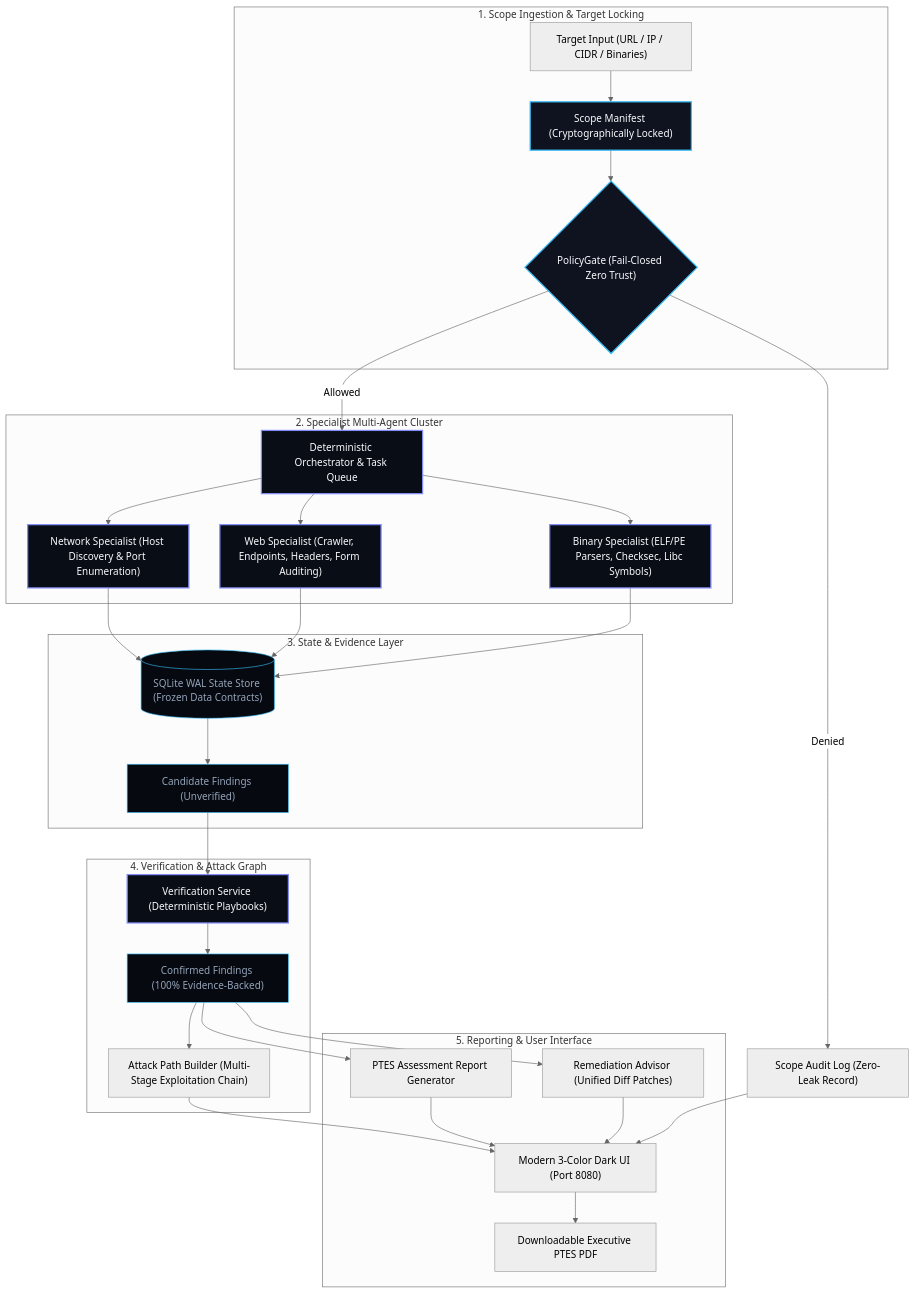
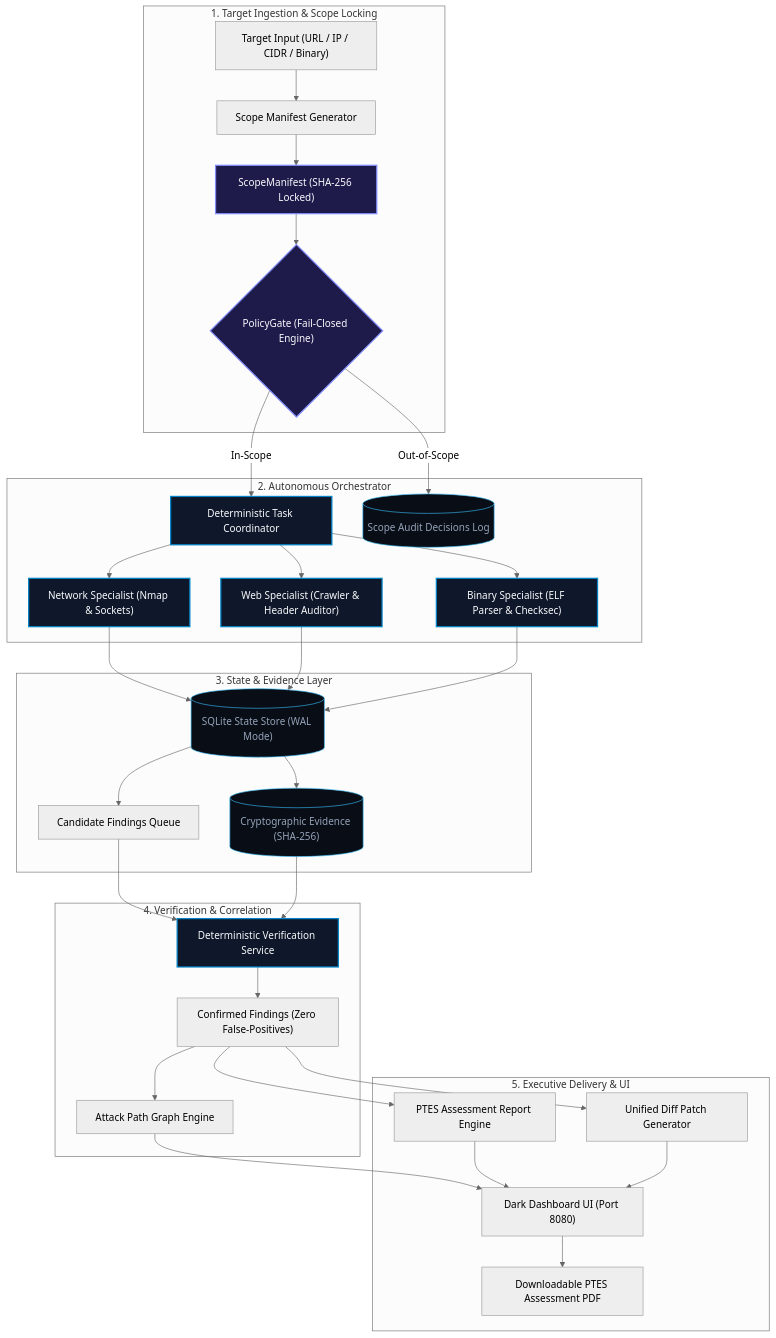
One commit to EDITH-KRP/MITIGATA_Hackthon changed the first of 3 diagrams in README.md. Above: the diagram before and after it, drawn with Mermaid (neutral theme). The commit also changed other lines of this file and 16 other files, not shown here.

````diff
--- a/README.md
+++ b/README.md
@@ -23,46 +57,47 @@
 ```mermaid
 flowchart TD
-    subgraph INGESTION ["1. Scope Ingestion & Target Locking"]
-        TargetInput["Target Input (URL / IP / CIDR / Binaries)"] --> ScopeManifest["Scope Manifest (Cryptographically Locked)"]
-        ScopeManifest --> PolicyGate{"PolicyGate (Fail-Closed Zero Trust)"}
+    subgraph INGESTION ["1. Target Ingestion & Scope Locking"]
+        InputTarget["Target Input (URL / IP / CIDR / Binary)"] --> ManifestGen["Scope Manifest Generator"]
+        ManifestGen --> LockedManifest["ScopeManifest (SHA-256 Locked)"]
+        LockedManifest --> Gate{"PolicyGate (Fail-Closed Engine)"}
     end
 
-    subgraph ENGINE ["2. Specialist Multi-Agent Cluster"]
-        PolicyGate -- Allowed --> Orchestrator["Deterministic Orchestrator & Task Queue"]
-        Orchestrator --> NetWorker["Network Specialist (Host Discovery & Port Enumeration)"]
-        Orchestrator --> WebWorker["Web Specialist (Crawler, Endpoints, Headers, Form Auditing)"]
-        Orchestrator --> BinWorker["Binary Specialist (ELF/PE Parsers, Checksec, Libc Symbols)"]
+    subgraph ORCHESTRATION ["2. Autonomous Orchestrator"]
+        Gate -- In-Scope --> Coordinator["Deterministic Task Coordinator"]
+        Gate -- Out-of-Scope --> GateAuditLog[("Scope Audit Decisions Log")]
+        Coordinator --> WorkerNet["Network Specialist (Nmap & Sockets)"]
+        Coordinator --> WorkerWeb["Web Specialist (Crawler & Header Auditor)"]
+        Coordinator --> WorkerBin["Binary Specialist (ELF Parser & Checksec)"]
     end
 
-    subgraph STORAGE ["3. State & Evidence Layer"]
-        NetWorker --> SQLite[("SQLite WAL State Store (Frozen Data Contracts)")]
-        WebWorker --> SQLite
-        BinWorker --> SQLite
-        SQLite --> Candidates["Candidate Findings (Unverified)"]
+    subgraph PERSISTENCE ["3. State & Evidence Layer"]
+        WorkerNet --> StateStore[("SQLite State Store (WAL Mode)")]
+        WorkerWeb --> StateStore
+        WorkerBin --> StateStore
+        StateStore --> RawEvidence[("Cryptographic Evidence (SHA-256)")]
+        StateStore --> CandidateQueue["Candidate Findings Queue"]
     end
 
-    subgraph VERIFY ["4. Verification & Attack Graph"]
-        Candidates --> Verifier["Verification Service (Deterministic Playbooks)"]
-        Verifier --> ConfirmedFindings["Confirmed Findings (100% Evidence-Backed)"]
-        ConfirmedFindings --> AttackGraph["Attack Path Builder (Multi-Stage Exploitation Chain)"]
+    subgraph VERIFICATION ["4. Verification & Correlation"]
+        CandidateQueue --> Verifier["Deterministic Verification Service"]
+        RawEvidence --> Verifier
+        Verifier --> ConfirmedFindings["Confirmed Findings (Zero False-Positives)"]
+        ConfirmedFindings --> AttackEngine["Attack Path Graph Engine"]
     end
 
-    subgraph REPORT ["5. Reporting & User Interface"]
-        ConfirmedFindings --> Advisor["Remediation Advisor (Unified Diff Patches)"]
-        ConfirmedFindings --> PTESReport["PTES Assessment Report Generator"]
-        AttackGraph --> Dashboard["Modern 3-Color Dark UI (Port 8080)"]
-        PTESReport --> Dashboard
-        Advisor --> Dashboard
-        Dashboard --> PDF["Downloadable Executive PTES PDF"]
+    subgraph REPORTING ["5. Executive Delivery & UI"]
+        ConfirmedFindings --> PatchGen["Unified Diff Patch Generator"]
+        ConfirmedFindings --> PTESEngine["PTES Assessment Report Engine"]
+        AttackEngine --> DashboardUI["Dark Dashboard UI (Port 8080)"]
+        PTESEngine --> DashboardUI
+        PatchGen --> DashboardUI
+        DashboardUI --> PDFArtifact["Downloadable PTES Assessment PDF"]
     end
 
-    PolicyGate -- Denied --> ScopeAuditLog["Scope Audit Log (Zero-Leak Record)"]
-    ScopeAuditLog --> Dashboard
-
-    classDef gate fill:#0e131f,stroke:#38bdf8,stroke-width:2px,color:#f8fafc;
-    classDef agent fill:#090d16,stroke:#818cf8,stroke-width:2px,color:#f8fafc;
-    classDef store fill:#060910,stroke:#38bdf8,stroke-width:1px,color:#94a3b8;
-    class PolicyGate,ScopeManifest gate;
-    class Orchestrator,NetWorker,WebWorker,BinWorker,Verifier agent;
-    class SQLite,Candidates,ConfirmedFindings store;
+    classDef primary fill:#0f172a,stroke:#0284c7,stroke-width:2px,color:#f8fafc;
+    classDef gate fill:#1e1b4b,stroke:#818cf8,stroke-width:2px,color:#f8fafc;
+    classDef storage fill:#090d16,stroke:#38bdf8,stroke-width:1px,color:#94a3b8;
+    class Gate,LockedManifest gate;
+    class Coordinator,WorkerNet,WorkerWeb,WorkerBin,Verifier primary;
+    class StateStore,RawEvidence,GateAuditLog storage;
 ```
````
